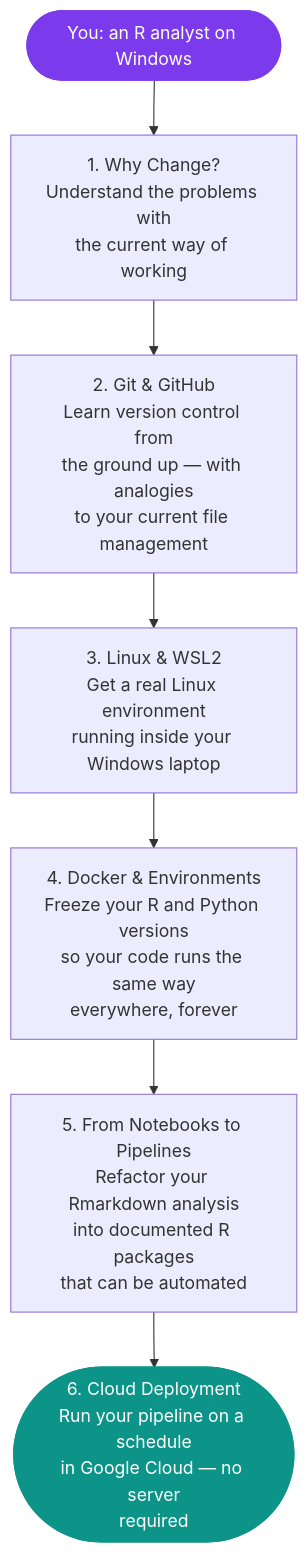
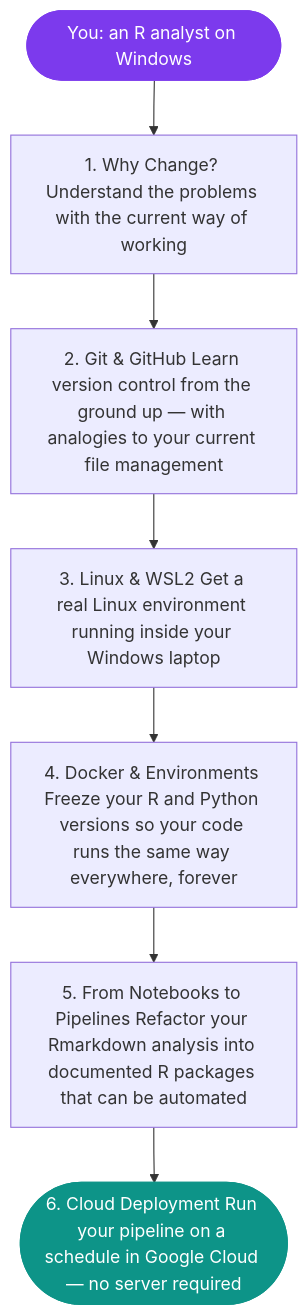
Before and after one commit to Ch3w3y/docker_gcp: the second of 2 diagrams in docs/index.md, drawn with Mermaid. The commit also changed other lines of this file and 10 other files, not shown here.

First line of the commit message:
Fix mermaid diagram rendering: replace literal \n with spaces

````diff
--- a/docs/index.md
+++ b/docs/index.md
@@ -63,21 +63,21 @@
 ```mermaid
 flowchart TD
     START(["You: an R analyst on Windows"])
 
     START --> A
 
-    A["1. Why Change?\nUnderstand the problems with\nthe current way of working"]
+    A["1. Why Change? Understand the problems with the current way of working"]
 
-    A --> B["2. Git & GitHub\nLearn version control from\nthe ground up — with analogies\nto your current file management"]
+    A --> B["2. Git & GitHub Learn version control from the ground up — with analogies to your current file management"]
 
-    B --> C["3. Linux & WSL2\nGet a real Linux environment\nrunning inside your Windows laptop"]
+    B --> C["3. Linux & WSL2 Get a real Linux environment running inside your Windows laptop"]
 
-    C --> D["4. Docker & Environments\nFreeze your R and Python versions\nso your code runs the same way\neverywhere, forever"]
+    C --> D["4. Docker & Environments Freeze your R and Python versions so your code runs the same way everywhere, forever"]
 
-    D --> E["5. From Notebooks to Pipelines\nRefactor your Rmarkdown analysis\ninto documented R packages\nthat can be automated"]
+    D --> E["5. From Notebooks to Pipelines Refactor your Rmarkdown analysis into documented R packages that can be automated"]
 
-    E --> F(["6. Cloud Deployment\nRun your pipeline on a schedule\nin Google Cloud — no server\nrequired"])
+    E --> F(["6. Cloud Deployment Run your pipeline on a schedule in Google Cloud — no server required"])
 
     style START fill:#7c3aed,color:#fff,stroke:#7c3aed
     style F fill:#0d9488,color:#fff,stroke:#0d9488
 ```
````
